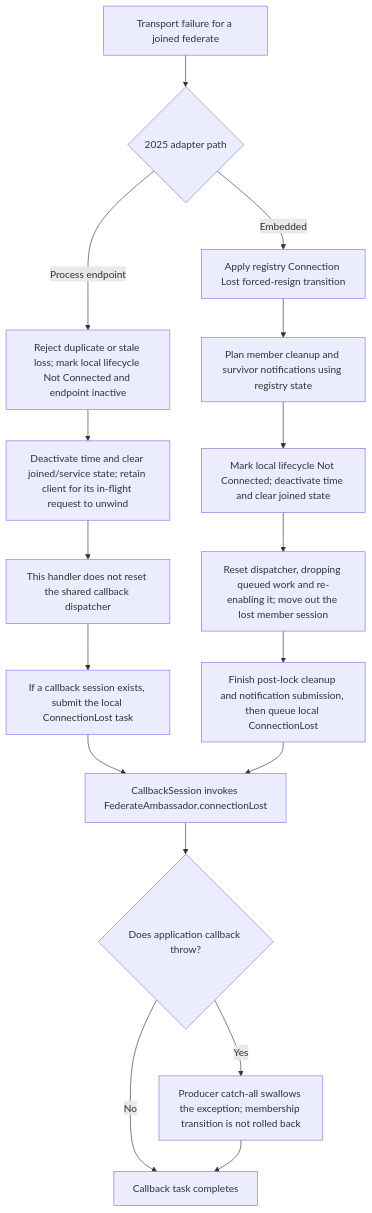
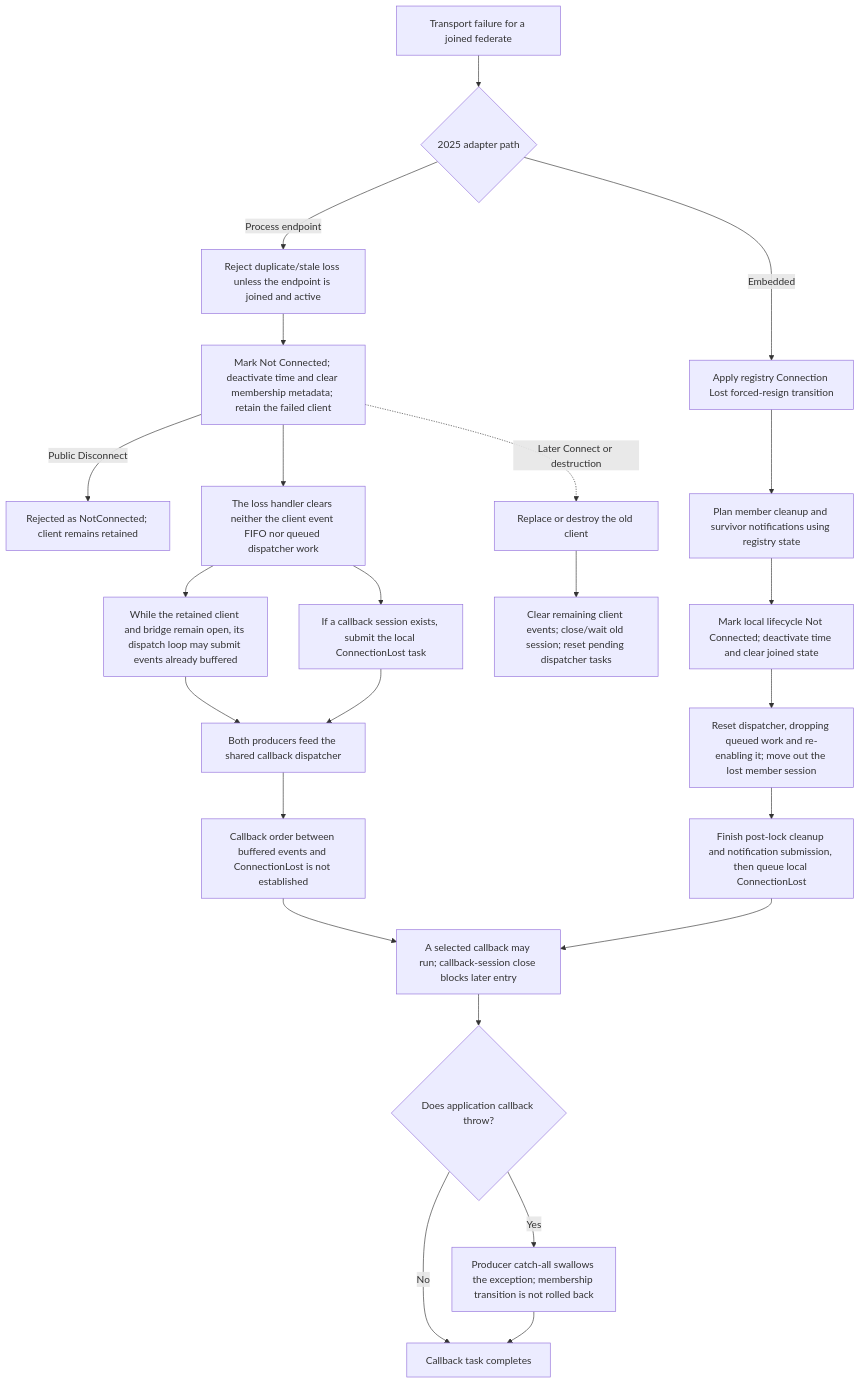
One commit to sheepfling/umbra changed diagram 19 of 24 in docs/design/HLA-2025-CALLBACK-AND-SERVICE-ORDERING-FLOW-GUIDE.md. Above: the diagram before and after it, drawn with Mermaid. The commit also changed other lines of this file and 39 other files, not shown here.

Commit message:
Document IEEE 1516.1-2025 behavior flows

````diff
--- a/docs/design/HLA-2025-CALLBACK-AND-SERVICE-ORDERING-FLOW-GUIDE.md
+++ b/docs/design/HLA-2025-CALLBACK-AND-SERVICE-ORDERING-FLOW-GUIDE.md
@@ -835,19 +1267,26 @@
 ```mermaid
 flowchart TD
   Loss["Transport failure for a joined federate"] --> Backend{"2025 adapter path"}
-  Backend -->|Process endpoint| P0["Reject duplicate or stale loss; mark local lifecycle Not Connected and endpoint inactive"]
-  P0 --> P1["Deactivate time and clear joined/service state; retain client for its in-flight request to unwind"]
-  P1 --> P2["This handler does not reset the shared callback dispatcher"]
-  P2 --> P3["If a callback session exists, submit the local ConnectionLost task"]
+  Backend -->|Process endpoint| P0["Reject duplicate/stale loss unless the endpoint is joined and active"]
+  P0 --> P1["Mark Not Connected; deactivate time and clear membership metadata; retain the failed client"]
+  P1 -->|Public Disconnect| P9["Rejected as NotConnected; client remains retained"]
+  P1 --> P2["The loss handler clears neither the client event FIFO nor queued dispatcher work"]
+  P2 --> P3["While the retained client and bridge remain open, its dispatch loop may submit events already buffered"]
+  P2 --> P4["If a callback session exists, submit the local ConnectionLost task"]
+  P3 --> P5["Both producers feed the shared callback dispatcher"]
+  P4 --> P5
+  P5 --> P6["Callback order between buffered events and ConnectionLost is not established"]
+  P1 -.->|Later Connect or destruction| P7["Replace or destroy the old client"]
+  P7 --> P8["Clear remaining client events; close/wait old session; reset pending dispatcher tasks"]
   Backend -->|Embedded| E0["Apply registry Connection Lost forced-resign transition"]
   E0 --> E1["Plan member cleanup and survivor notifications using registry state"]
   E1 --> E2["Mark local lifecycle Not Connected; deactivate time and clear joined state"]
   E2 --> E3["Reset dispatcher, dropping queued work and re-enabling it; move out the lost member session"]
   E3 --> E4["Finish post-lock cleanup and notification submission, then queue local ConnectionLost"]
-  P3 --> Invoke["CallbackSession invokes FederateAmbassador.connectionLost"]
+  P6 --> Invoke["A selected callback may run; callback-session close blocks later entry"]
   E4 --> Invoke
   Invoke --> Throws{"Does application callback throw?"}
   Throws -->|No| Done["Callback task completes"]
   Throws -->|Yes| Catch["Producer catch-all swallows the exception; membership transition is not rolled back"]
   Catch --> Done
 ```
````
